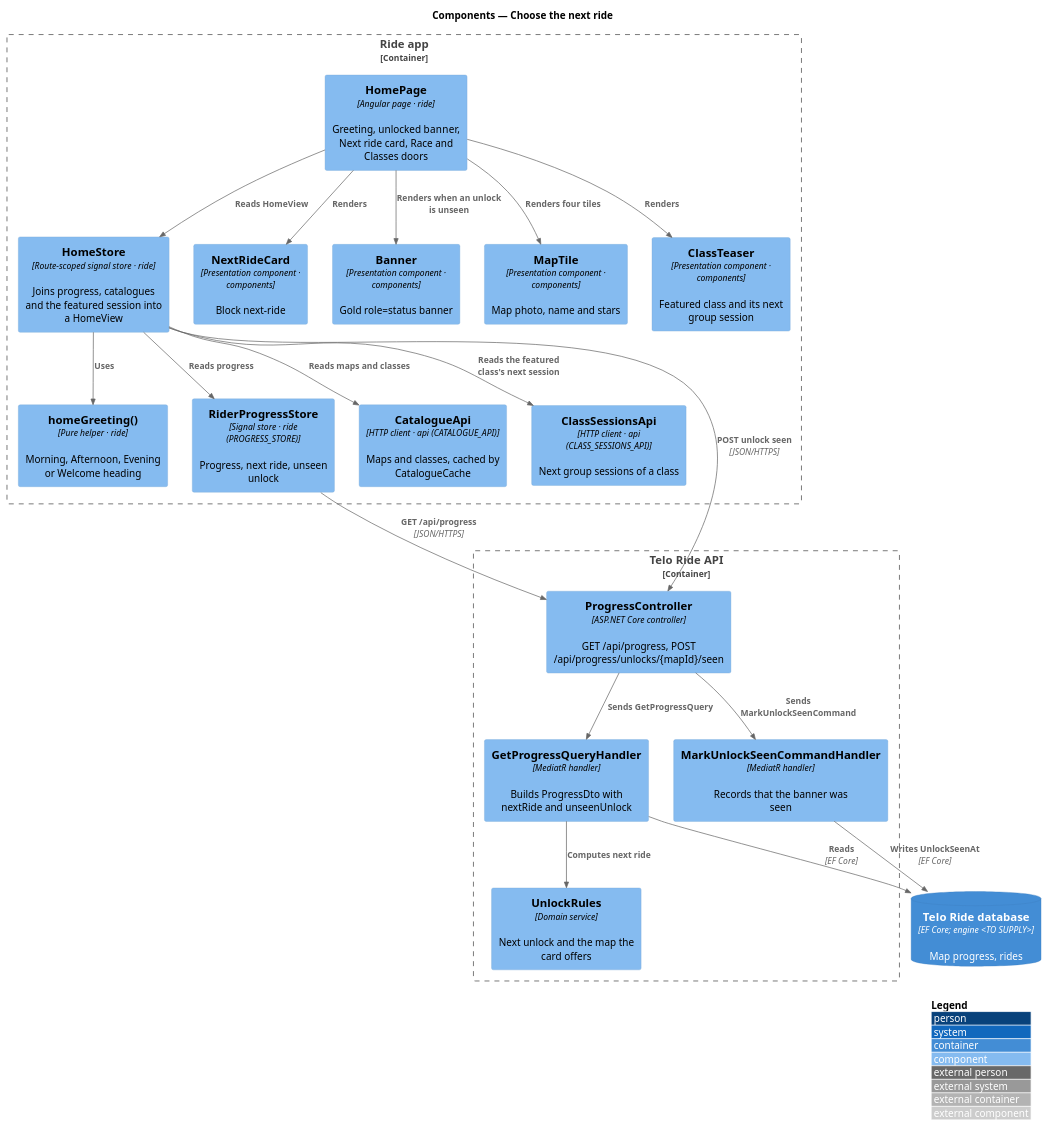
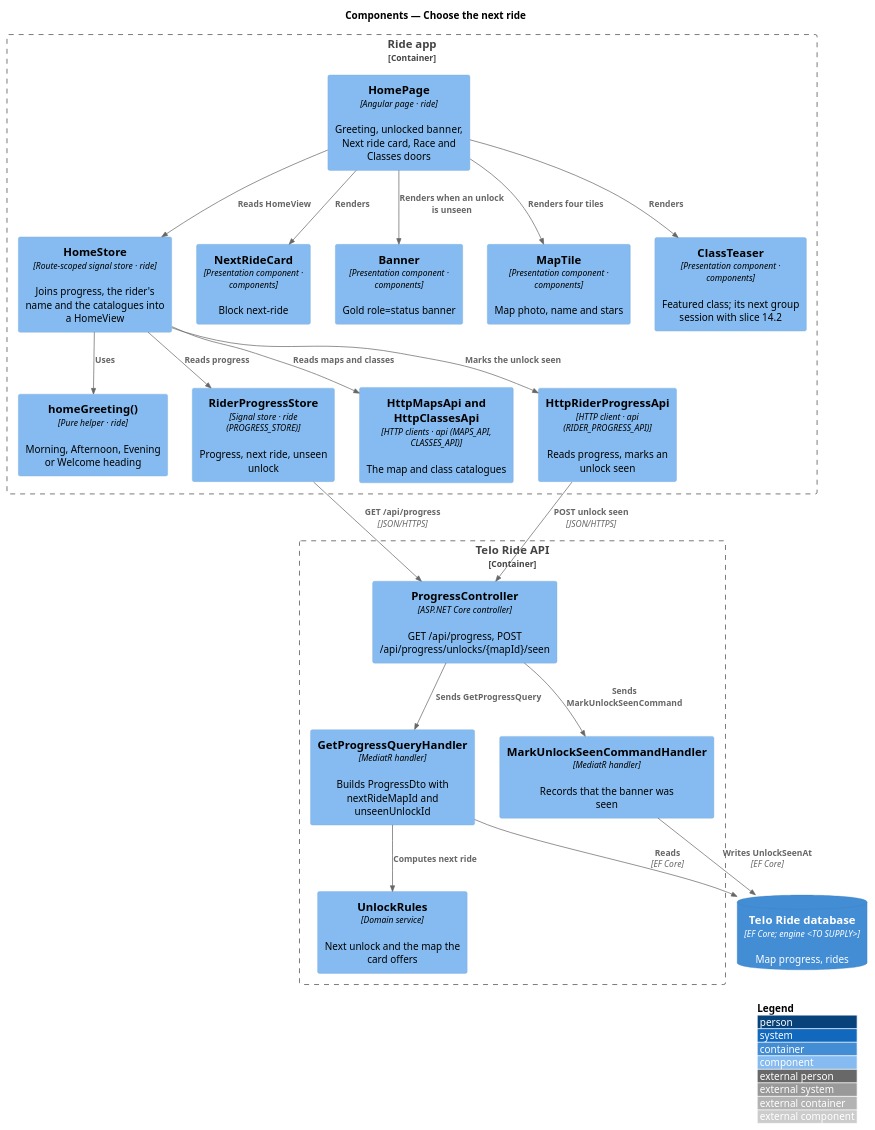
The diagram in docs/detailed-designs/home/choose-the-next-ride/diagrams/c4-component.puml (QuinntyneBrown/ride-one), drawn with PlantUML before and after one commit. The commit also changed 10 other files, not shown here.

First line of the commit message:
Bring Home's design in line with the code it builds on (slice 13.2)

```diff
--- a/docs/detailed-designs/home/choose-the-next-ride/diagrams/c4-component.puml
+++ b/docs/detailed-designs/home/choose-the-next-ride/diagrams/c4-component.puml
@@ -1,42 +1,42 @@
 @startuml
 !include <C4/C4_Component>
 LAYOUT_WITH_LEGEND()
 title Components — Choose the next ride
 
 Container_Boundary(app, "Ride app") {
   Component(page, "HomePage", "Angular page · ride", "Greeting, unlocked banner, Next ride card, Race and Classes doors")
-  Component(store, "HomeStore", "Route-scoped signal store · ride", "Joins progress, catalogues and the featured session into a HomeView")
+  Component(store, "HomeStore", "Route-scoped signal store · ride", "Joins progress, the rider's name and the catalogues into a HomeView")
   Component(greet, "homeGreeting()", "Pure helper · ride", "Morning, Afternoon, Evening or Welcome heading")
   Component(prog, "RiderProgressStore", "Signal store · ride (PROGRESS_STORE)", "Progress, next ride, unseen unlock")
-  Component(cat, "CatalogueApi", "HTTP client · api (CATALOGUE_API)", "Maps and classes, cached by CatalogueCache")
-  Component(sessions, "ClassSessionsApi", "HTTP client · api (CLASS_SESSIONS_API)", "Next group sessions of a class")
+  Component(cat, "HttpMapsApi and HttpClassesApi", "HTTP clients · api (MAPS_API, CLASSES_API)", "The map and class catalogues")
+  Component(rpa, "HttpRiderProgressApi", "HTTP client · api (RIDER_PROGRESS_API)", "Reads progress, marks an unlock seen")
   Component(card, "NextRideCard", "Presentation component · components", "Block next-ride")
   Component(banner, "Banner", "Presentation component · components", "Gold role=status banner")
   Component(tile, "MapTile", "Presentation component · components", "Map photo, name and stars")
-  Component(teaser, "ClassTeaser", "Presentation component · components", "Featured class and its next group session")
+  Component(teaser, "ClassTeaser", "Presentation component · components", "Featured class; its next group session with slice 14.2")
 }
 Container_Boundary(api, "Telo Ride API") {
   Component(ctrl, "ProgressController", "ASP.NET Core controller", "GET /api/progress, POST /api/progress/unlocks/{mapId}/seen")
-  Component(qh, "GetProgressQueryHandler", "MediatR handler", "Builds ProgressDto with nextRide and unseenUnlock")
+  Component(qh, "GetProgressQueryHandler", "MediatR handler", "Builds ProgressDto with nextRideMapId and unseenUnlockId")
   Component(ch, "MarkUnlockSeenCommandHandler", "MediatR handler", "Records that the banner was seen")
   Component(rules, "UnlockRules", "Domain service", "Next unlock and the map the card offers")
 }
 ContainerDb(db, "Telo Ride database", "EF Core; engine <TO SUPPLY>", "Map progress, rides")
 
 Rel(page, store, "Reads HomeView")
 Rel(store, greet, "Uses")
 Rel(store, prog, "Reads progress")
 Rel(store, cat, "Reads maps and classes")
-Rel(store, sessions, "Reads the featured class's next session")
+Rel(store, rpa, "Marks the unlock seen")
 Rel(page, card, "Renders")
 Rel(page, banner, "Renders when an unlock is unseen")
 Rel(page, tile, "Renders four tiles")
 Rel(page, teaser, "Renders")
 Rel(prog, ctrl, "GET /api/progress", "JSON/HTTPS")
-Rel(store, ctrl, "POST unlock seen", "JSON/HTTPS")
+Rel(rpa, ctrl, "POST unlock seen", "JSON/HTTPS")
 Rel(ctrl, qh, "Sends GetProgressQuery")
 Rel(ctrl, ch, "Sends MarkUnlockSeenCommand")
 Rel(qh, rules, "Computes next ride")
 Rel(qh, db, "Reads", "EF Core")
 Rel(ch, db, "Writes UnlockSeenAt", "EF Core")
 @enduml
```
